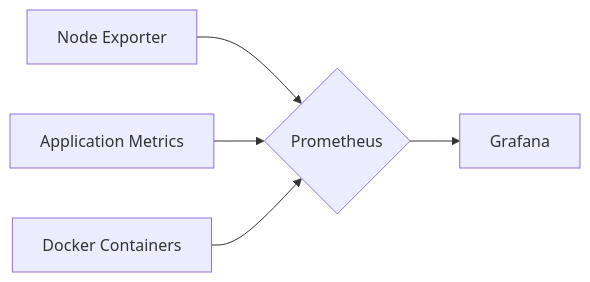
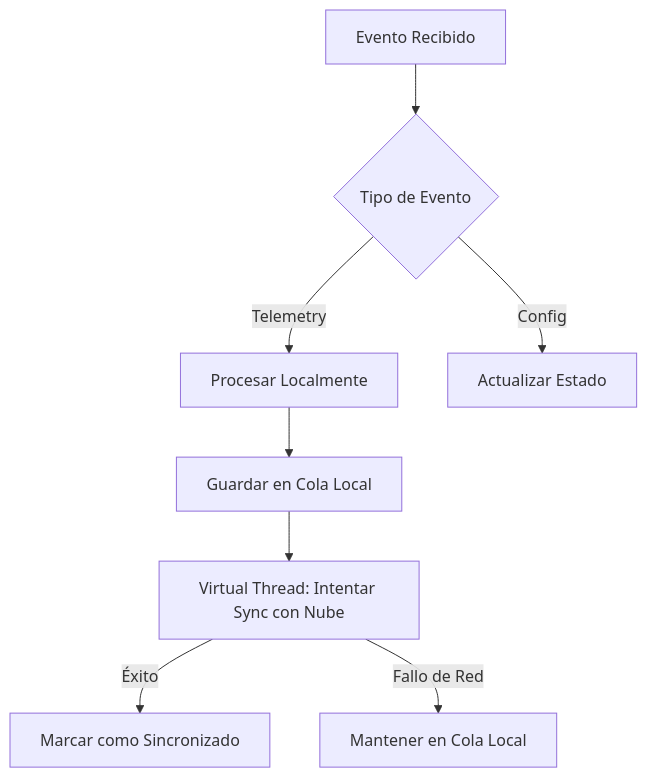
Before and after one commit to Joaquinriosheredia/DAM-Java-Mastery: the third of 7 diagrams in _Review/edge_computing_y_arquitecturas_distribuidas_modernas/edge_computing_y_arquitecturas_distribuidas_modernas.md, drawn with Mermaid. The commit also changed other lines of this file, not shown here.

Commit message:
Edge Computing y Arquitecturas Distribuidas Modernas con Java 21

````diff
--- a/_Review/edge_computing_y_arquitecturas_distribuidas_modernas/edge_computing_y_arquitecturas_distribuidas_modernas.md
+++ b/_Review/edge_computing_y_arquitecturas_distribuidas_modernas/edge_computing_y_arquitecturas_distribuidas_modernas.md
@@ -516,8 +247,10 @@
 ```mermaid
-graph LR
-    A[Node Exporter] --> B{Prometheus}
-    C[Application Metrics] --> B
-    D[Docker Containers] --> B
-
-    B --> E[Grafana]
+graph TD
+    A[Evento Recibido] --> B{Tipo de Evento}
+    B -->|Telemetry| C[Procesar Localmente]
+    B -->|Config| D[Actualizar Estado]
+    C --> E[Guardar en Cola Local]
+    E --> F[Virtual Thread: Intentar Sync con Nube]
+    F -->|Éxito| G[Marcar como Sincronizado]
+    F -->|Fallo de Red| H[Mantener en Cola Local]
 ```
````
